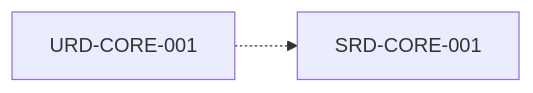
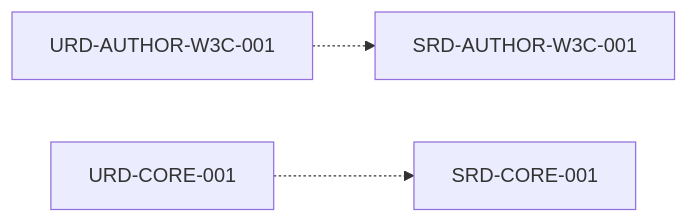
Before and after one commit to metsuke/mom: the diagram in data/projects/MOM/doc/SRD.md, drawn with Mermaid. The commit also changed other lines of this file and 229 other files, not shown here.

````diff
--- a/data/projects/MOM/doc/SRD.md
+++ b/data/projects/MOM/doc/SRD.md
@@ -37,5 +37,7 @@
 ```mermaid
 graph LR
+    SRD-AUTHOR-W3C-001["SRD-AUTHOR-W3C-001"]
     SRD-CORE-001["SRD-CORE-001"]
+    URD-AUTHOR-W3C-001["URD-AUTHOR-W3C-001"] -.-> SRD-AUTHOR-W3C-001
     URD-CORE-001["URD-CORE-001"] -.-> SRD-CORE-001
 ```
````
